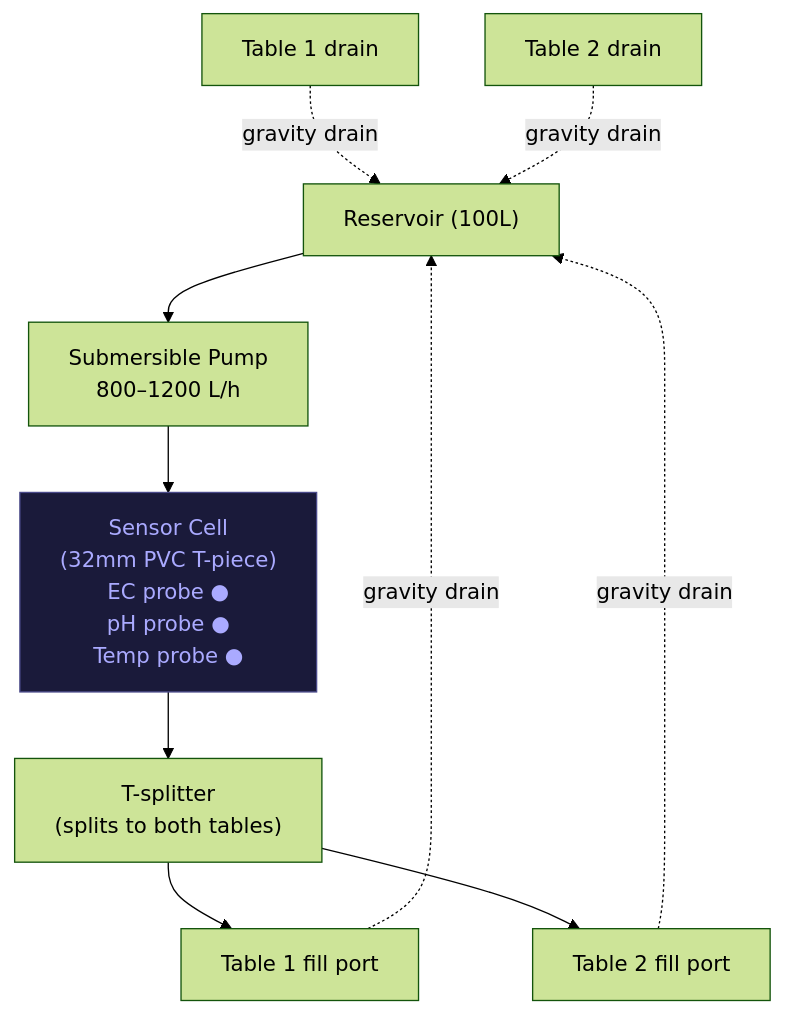
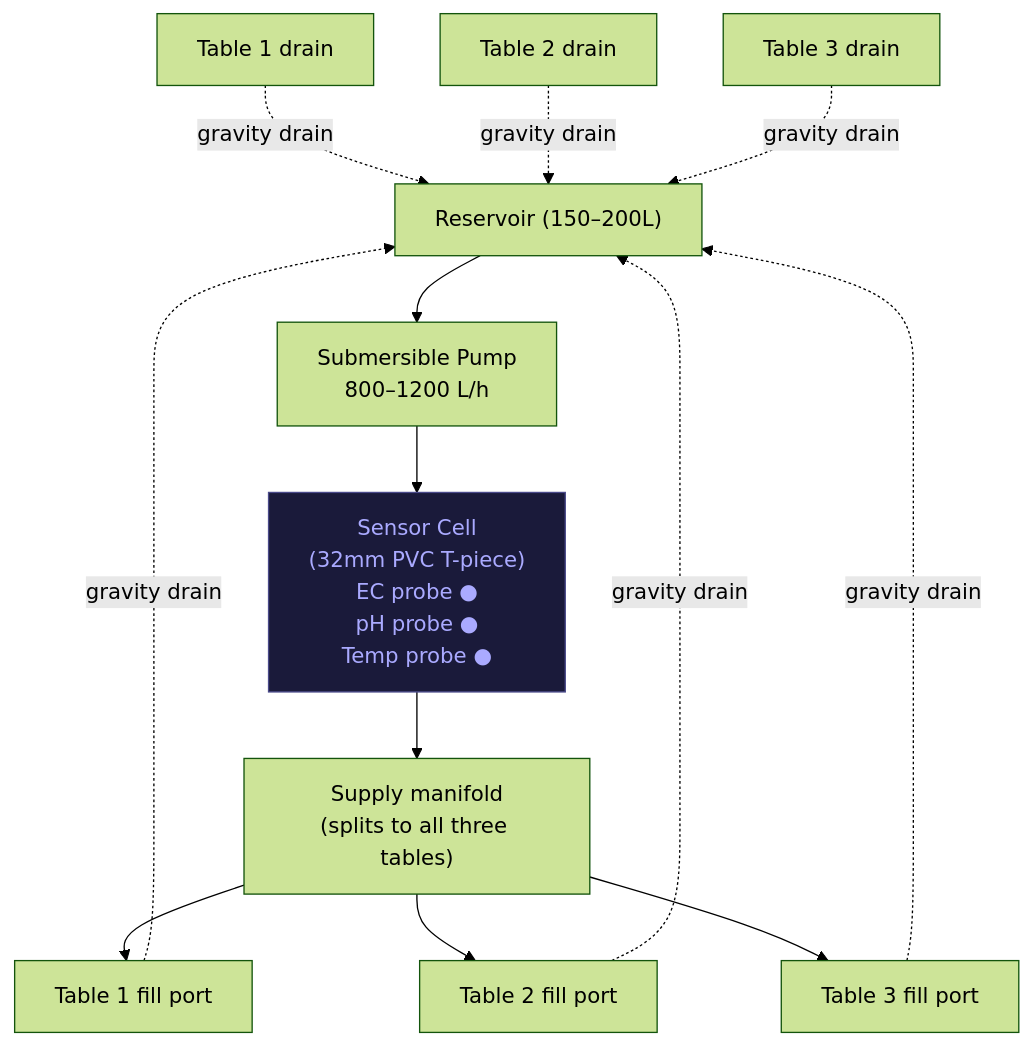
The fourth of 13 diagrams in guide/ebb-and-flow/13-automation.md (UncleJS/guide_hydroponics), drawn with Mermaid (forest theme) before and after one commit. The commit also changed other lines of this file and 22 other files, not shown here.

````diff
--- a/guide/ebb-and-flow/13-automation.md
+++ b/guide/ebb-and-flow/13-automation.md
@@ -577,21 +582,26 @@
 ```mermaid
 flowchart TD
-    RES["Reservoir (100L)"]
+    RES["Reservoir (150–200L)"]
     PUMP["Submersible Pump<br/>800–1200 L/h"]
     CELL["Sensor Cell<br/>(32mm PVC T-piece)<br/>EC probe ●<br/>pH probe ●<br/>Temp probe ●"]
-    SPLIT["T-splitter<br/>(splits to both tables)"]
+    SPLIT["Supply manifold<br/>(splits to all three tables)"]
     T1["Table 1 fill port"]
     T2["Table 2 fill port"]
+    T3["Table 3 fill port"]
     DRAIN1["Table 1 drain"]
     DRAIN2["Table 2 drain"]
+    DRAIN3["Table 3 drain"]
 
     RES --> PUMP --> CELL --> SPLIT
     SPLIT --> T1
     SPLIT --> T2
+    SPLIT --> T3
     T1 -.->|"gravity drain"| RES
     T2 -.->|"gravity drain"| RES
+    T3 -.->|"gravity drain"| RES
     DRAIN1 -.->|"gravity drain"| RES
     DRAIN2 -.->|"gravity drain"| RES
+    DRAIN3 -.->|"gravity drain"| RES
 
     style CELL fill:#1a1a3a,stroke:#4a4a8a,color:#aaaaff
 ```
````
